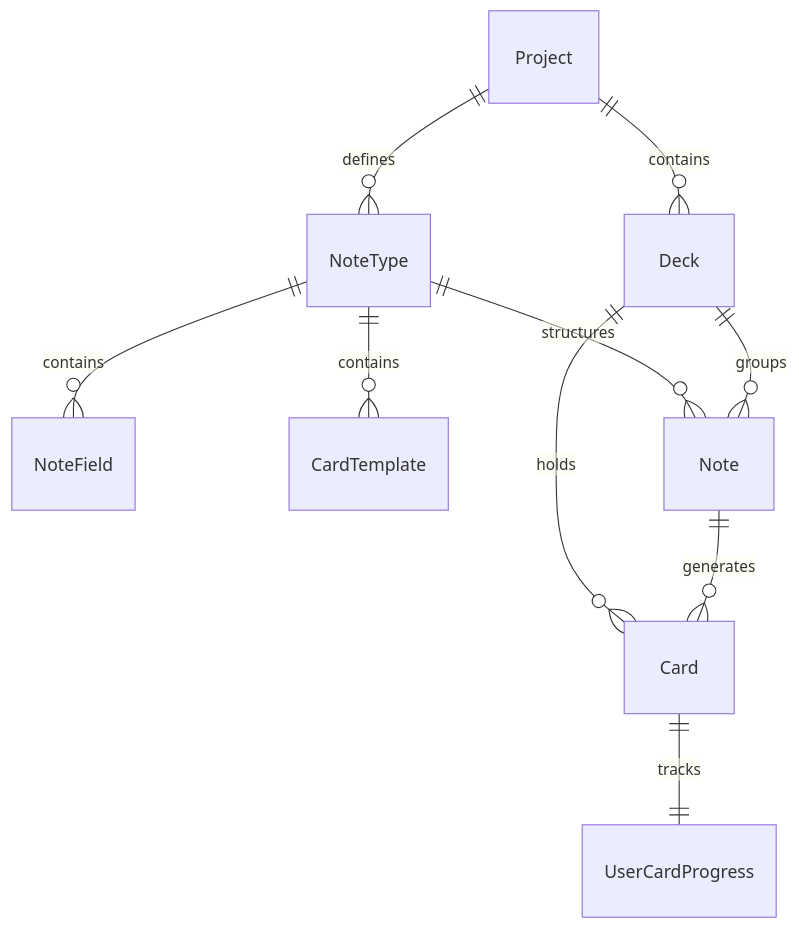
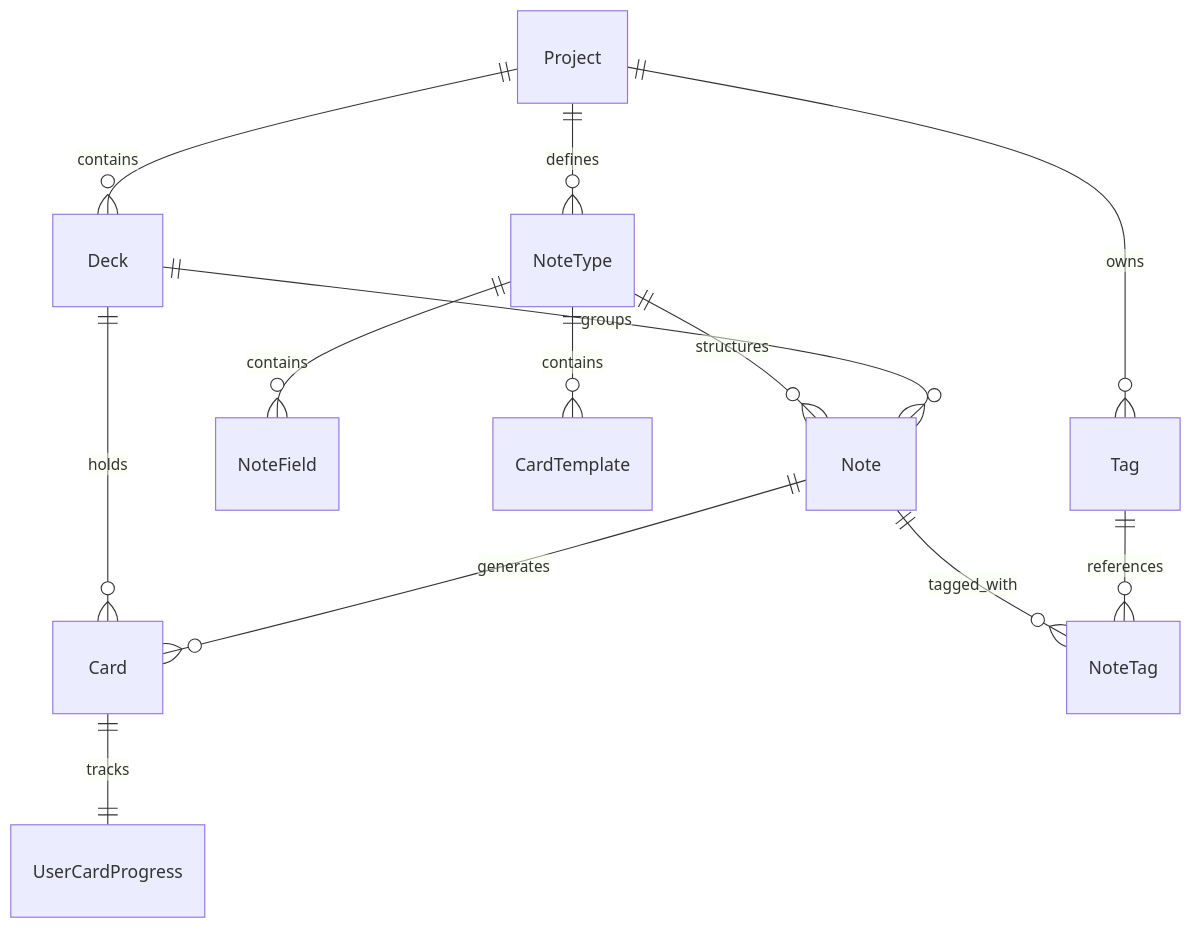
One commit to Kamil-Zuki/Polyraspad changed the diagram in Docs/Vocabulary Service/03 - Модель Данных/01 - Основные сущности/Entity - Ядро Словаря - Vocabulary Core.md. Above: the diagram before and after it, drawn with Mermaid. The commit also changed other lines of this file and 11 other files, not shown here.

````diff
--- a/Docs/Vocabulary Service/03 - Модель Данных/01 - Основные сущности/Entity - Ядро Словаря - Vocabulary Core.md
+++ b/Docs/Vocabulary Service/03 - Модель Данных/01 - Основные сущности/Entity - Ядро Словаря - Vocabulary Core.md
@@ -147,12 +169,15 @@
 ```mermaid
 erDiagram
     Project ||--o{ Deck : contains
     Project ||--o{ NoteType : defines
+    Project ||--o{ Tag : owns
     NoteType ||--o{ NoteField : contains
     NoteType ||--o{ CardTemplate : contains
     NoteType ||--o{ Note : structures
     Deck ||--o{ Note : groups
     Deck ||--o{ Card : holds
     Note ||--o{ Card : generates
     Card ||--|| UserCardProgress : tracks
+    Note ||--o{ NoteTag : tagged_with
+    Tag ||--o{ NoteTag : references
 ```
````
